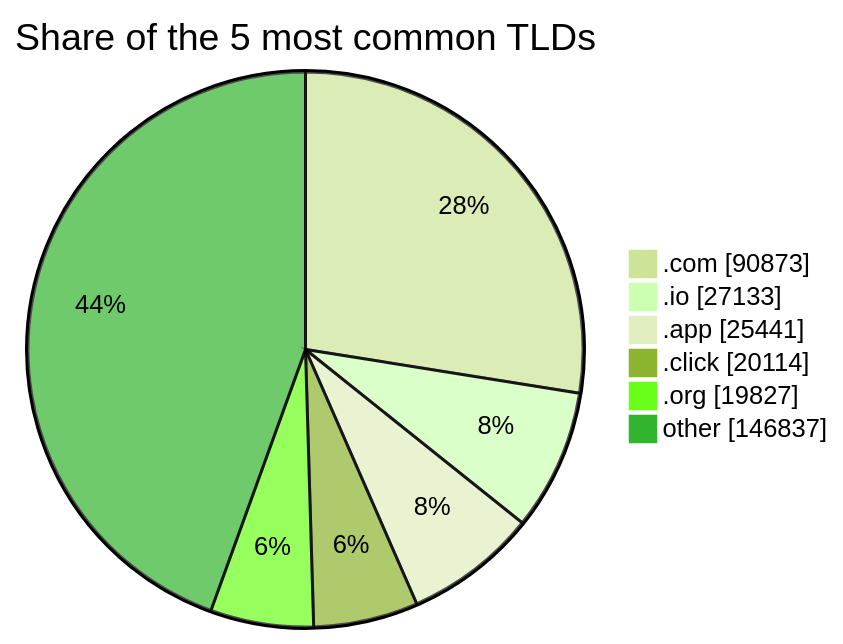
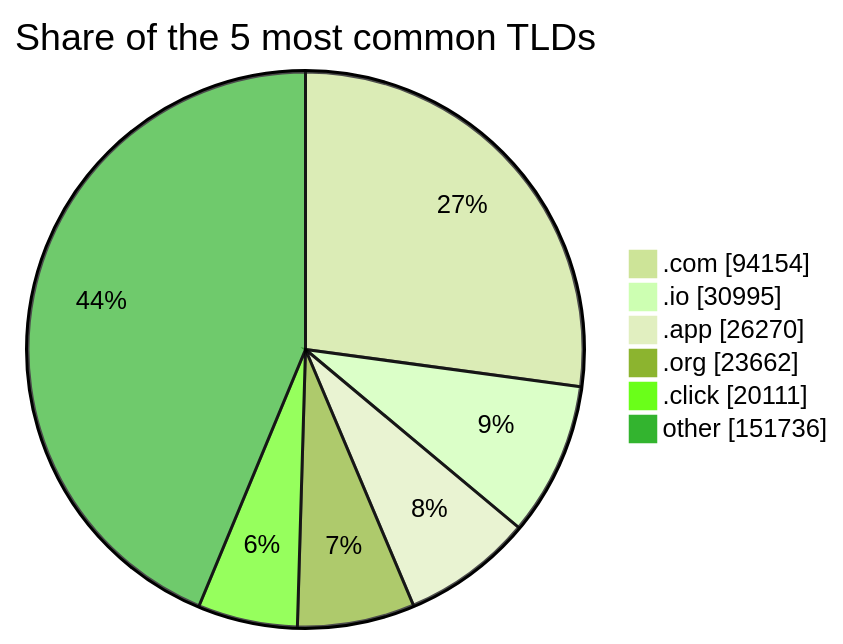
The third of 3 diagrams in README.md (DNSBunker/CTI), drawn with Mermaid (forest theme) before and after one commit. The commit also changed other lines of this file and 3 other files, not shown here.

````diff
--- a/README.md
+++ b/README.md
@@ -81,9 +81,9 @@
 ```mermaid
 pie showData title Share of the 5 most common TLDs
-    ".com" : 90873
-    ".io" : 27133
-    ".app" : 25441
-    ".click" : 20114
-    ".org" : 19827
-    "other" : 146837
+    ".com" : 94154
+    ".io" : 30995
+    ".app" : 26270
+    ".org" : 23662
+    ".click" : 20111
+    "other" : 151736
 ```
````
